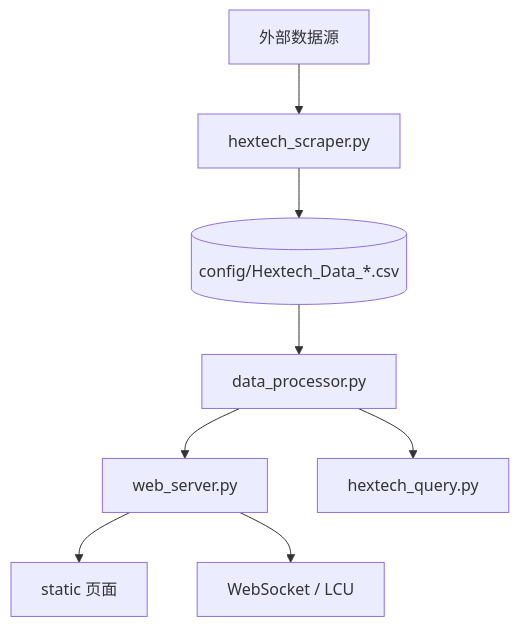
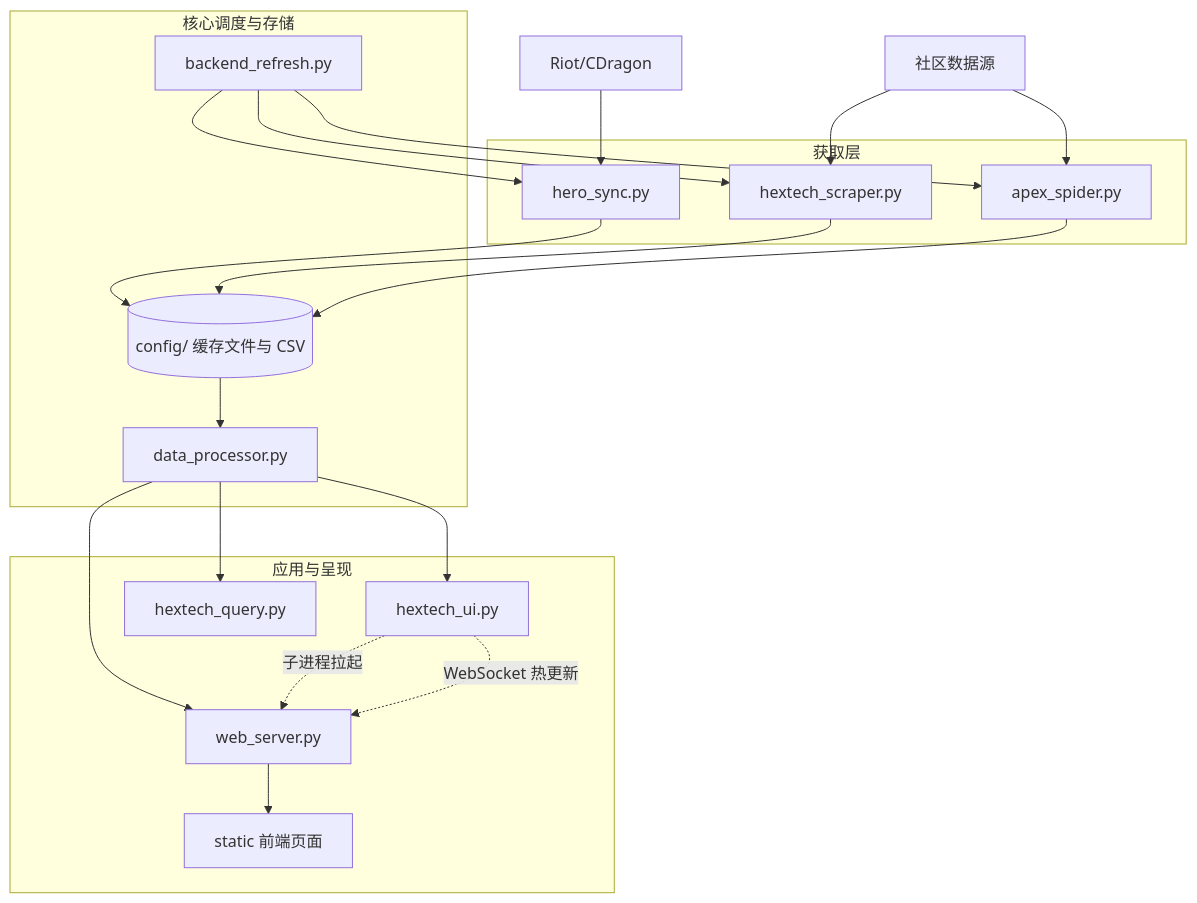
One commit to fadfasfa/claude-code-test changed the diagram in run/PROJECT.md. Above: the diagram before and after it, drawn with Mermaid. The commit also changed other lines of this file and 2 other files, not shown here.

Commit message:
docs: refactor PROJECT.md structure and add architectural workflow [wf-id: refactor-docs]

````diff
--- a/run/PROJECT.md
+++ b/run/PROJECT.md
@@ -61,10 +20,39 @@
 ```mermaid
 flowchart TD
-    A[外部数据源] --> B[hextech_scraper.py]
-    B --> C[(config/Hextech_Data_*.csv)]
-    C --> D[data_processor.py]
-    D --> E[web_server.py]
-    D --> F[hextech_query.py]
-    E --> G[static 页面]
-    E --> H[WebSocket / LCU]
+    %% 数据源
+    Net_Riot[Riot/CDragon]
+    Net_Comm[社区数据源]
+    
+    %% 获取层
+    subgraph 获取层
+        Spider1[hero_sync.py]
+        Spider2[hextech_scraper.py]
+        Spider3[apex_spider.py]
+    end
+    
+    %% 调度与存储层
+    subgraph 核心调度与存储
+        Refresh[backend_refresh.py]
+        Store[(config/ 缓存文件与 CSV)]
+        Processor[data_processor.py]
+    end
+    
+    %% 服务与视图层
+    subgraph 应用与呈现
+        Web[web_server.py]
+        UI[hextech_ui.py]
+        Query[hextech_query.py]
+        WebUI[static 前端页面]
+    end
+    
+    %% 关系连线
+    Net_Riot --> Spider1
+    Net_Comm --> Spider2 & Spider3
+    Refresh --> Spider1 & Spider2 & Spider3
+    Spider1 & Spider2 & Spider3 --> Store
+    Store --> Processor
+    Processor --> Web & Query & UI
+    Web --> WebUI
+    UI -. 子进程拉起 .-> Web
+    UI -. WebSocket 热更新 .-> Web
 ```
````
